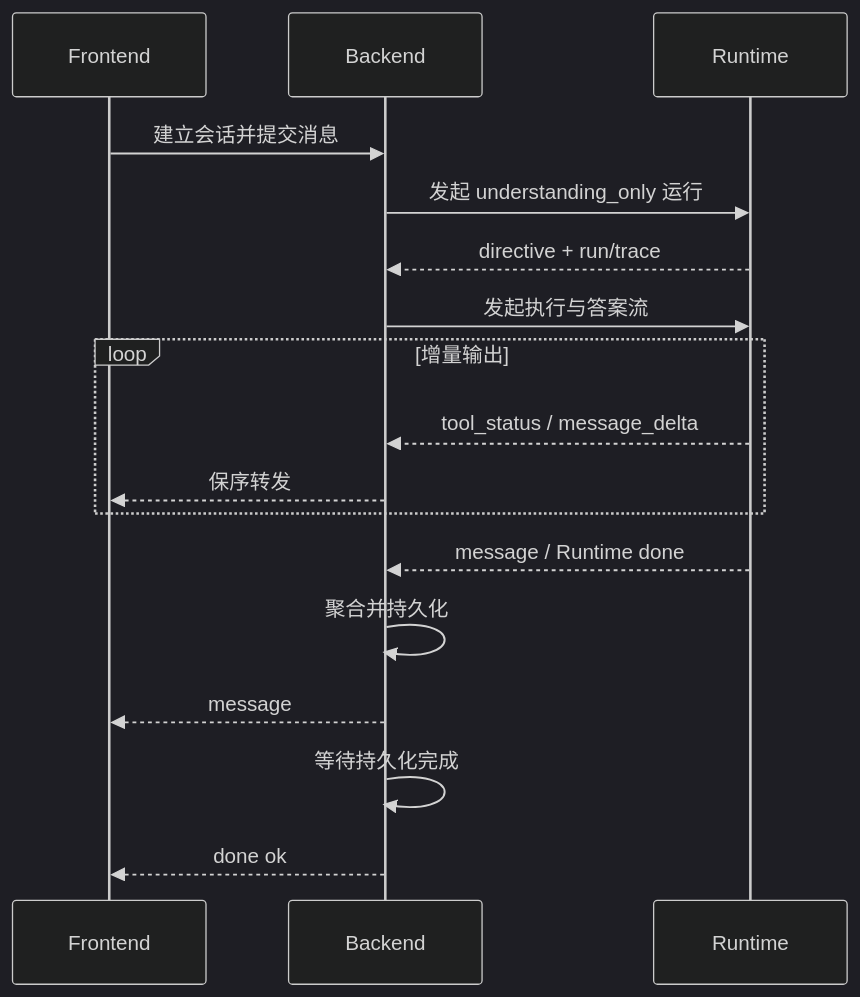
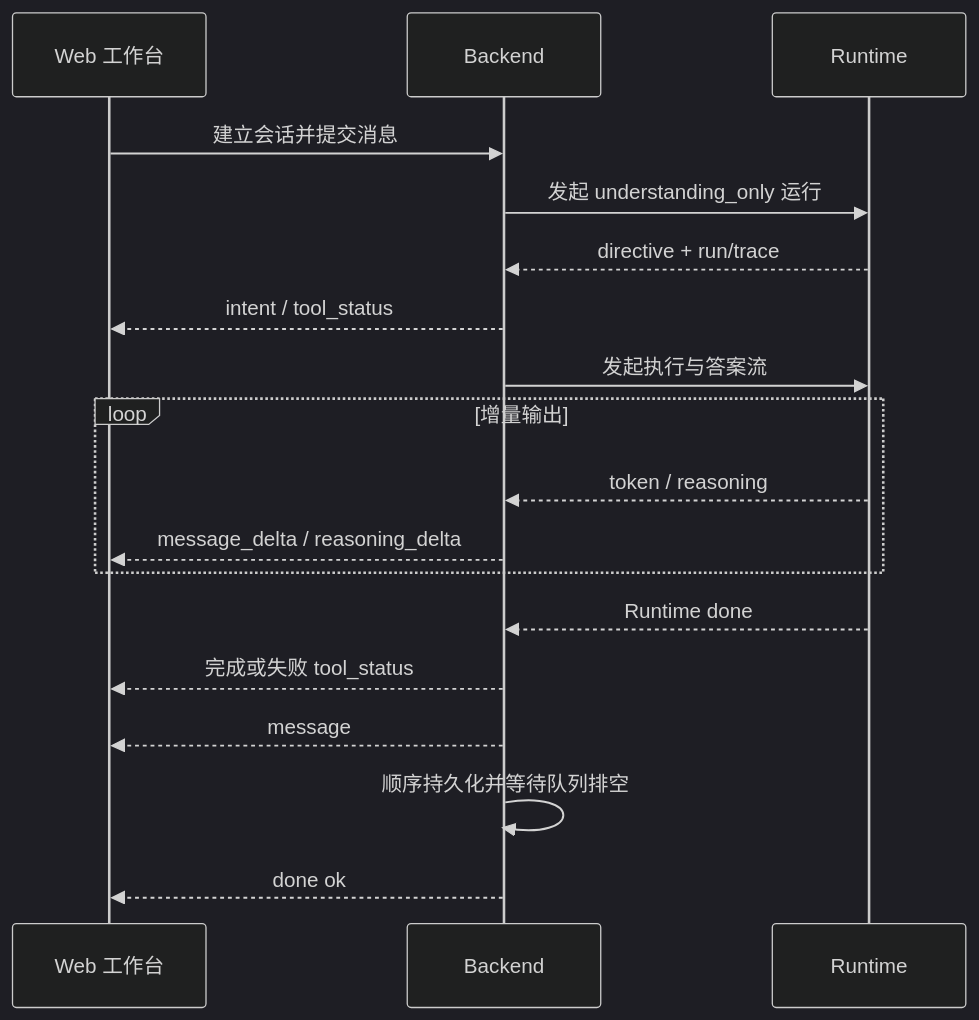
The diagram in agent-doc/核心能力/对话流式输出与状态恢复.md (Logistic98/job-buddy), drawn with Mermaid (dark theme) before and after one commit. The commit also changed other lines of this file and 32 other files, not shown here.

````diff
--- a/agent-doc/核心能力/对话流式输出与状态恢复.md
+++ b/agent-doc/核心能力/对话流式输出与状态恢复.md
@@ -20,20 +20,21 @@
 ```mermaid
 sequenceDiagram
-    participant FE as Frontend
+    participant FE as Web 工作台
     participant BE as Backend
     participant RT as Runtime
 
     FE->>BE: 建立会话并提交消息
     BE->>RT: 发起 understanding_only 运行
     RT-->>BE: directive + run/trace
+    BE-->>FE: intent / tool_status
     BE->>RT: 发起执行与答案流
     loop 增量输出
-        RT-->>BE: tool_status / message_delta
-        BE-->>FE: 保序转发
+        RT-->>BE: token / reasoning
+        BE-->>FE: message_delta / reasoning_delta
     end
-    RT-->>BE: message / Runtime done
-    BE->>BE: 聚合并持久化
+    RT-->>BE: Runtime done
+    BE-->>FE: 完成或失败 tool_status
     BE-->>FE: message
-    BE->>BE: 等待持久化完成
+    BE->>BE: 顺序持久化并等待队列排空
     BE-->>FE: done ok
 ```
````
